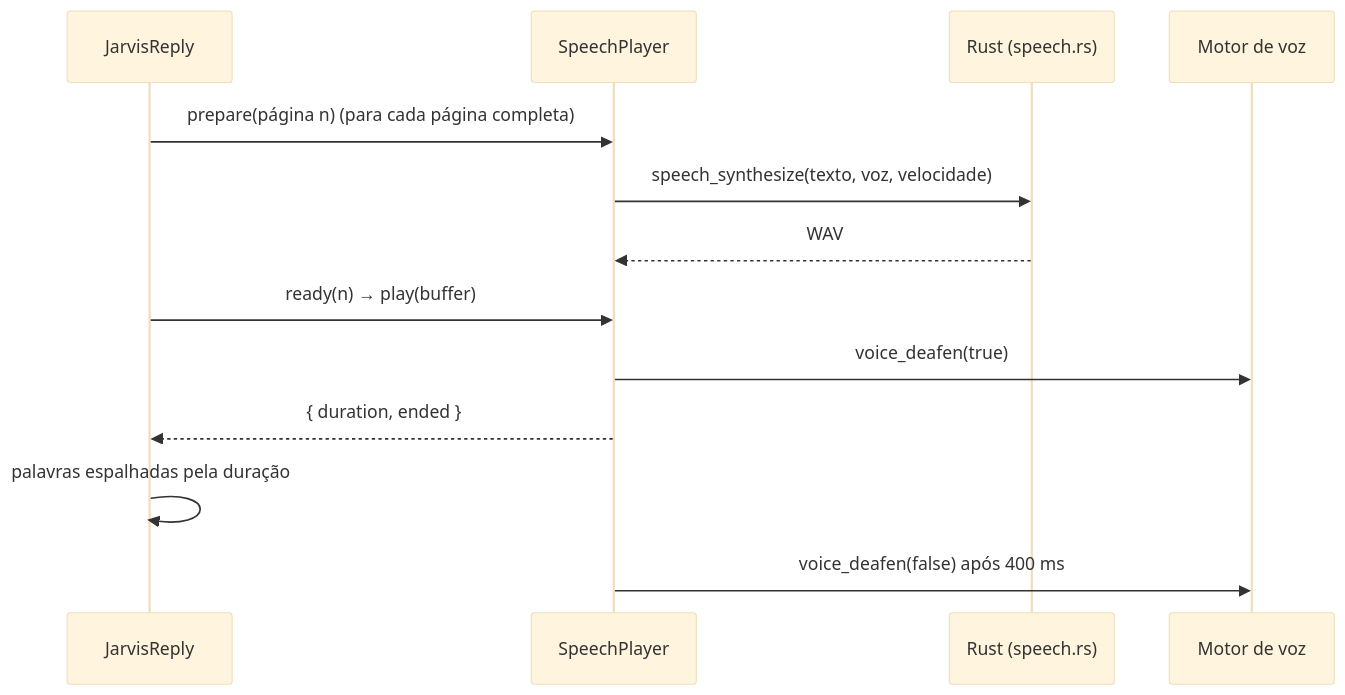
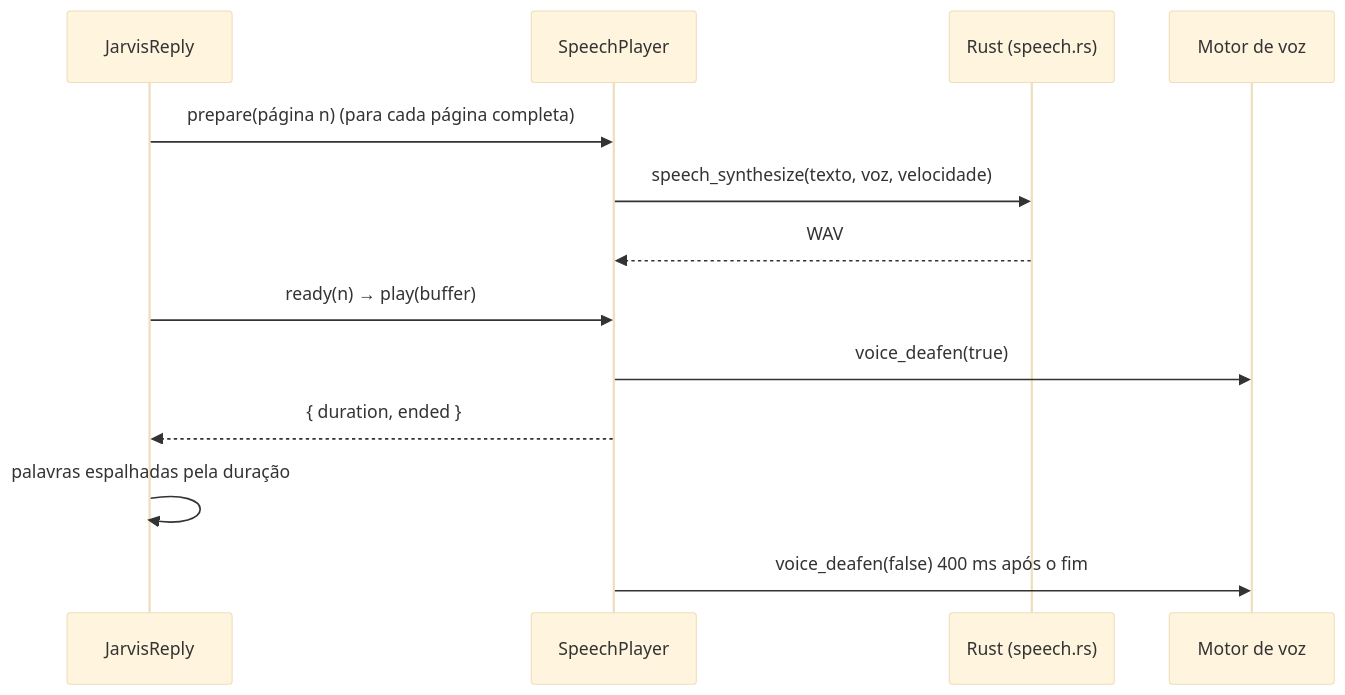
The diagram in .specs/features/tts/spec.md (felipeAguiarCode/jvOS), drawn with Mermaid (base theme) before and after one commit. The commit also changed other lines of this file and 90 other files, not shown here.

````diff
--- a/.specs/features/tts/spec.md
+++ b/.specs/features/tts/spec.md
@@ -223,15 +332,15 @@
 ```mermaid
 sequenceDiagram
   participant J as JarvisReply
   participant P as SpeechPlayer
   participant R as Rust (speech.rs)
   participant V as Motor de voz
   J->>P: prepare(página n) (para cada página completa)
   P->>R: speech_synthesize(texto, voz, velocidade)
   R-->>P: WAV
   J->>P: ready(n) → play(buffer)
   P->>V: voice_deafen(true)
   P-->>J: { duration, ended }
   J->>J: palavras espalhadas pela duração
-  P->>V: voice_deafen(false) após 400 ms
+  P->>V: voice_deafen(false) 400 ms após o fim
 ```
````
